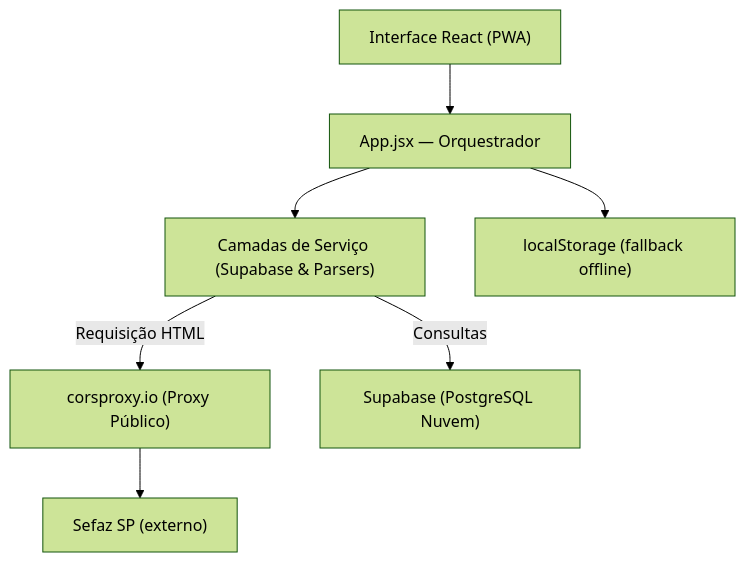
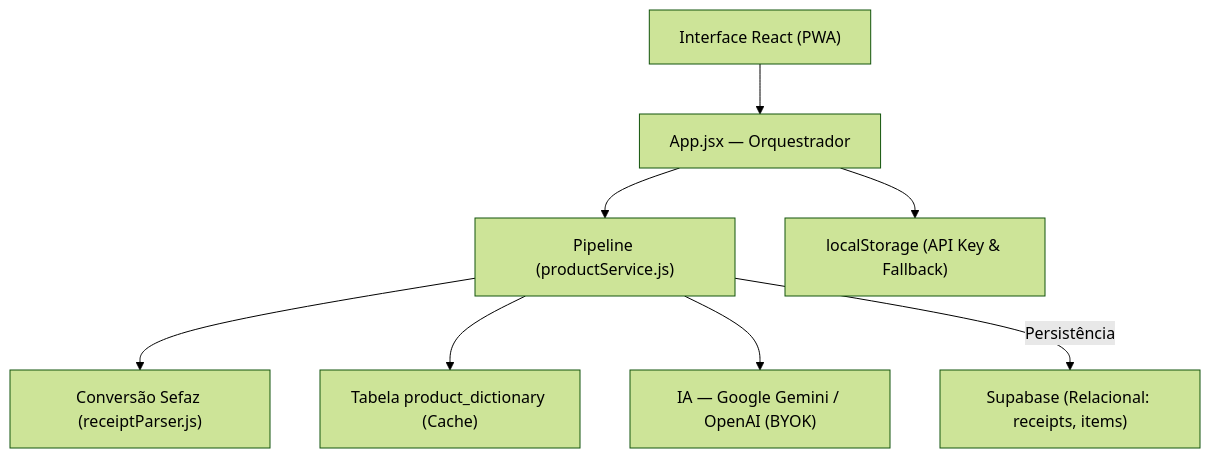
Before and after one commit to Bosguega/my_mercado: the first of 2 diagrams in ARCHITECTURE.md, drawn with Mermaid (forest theme). The commit also changed other lines of this file and 8 other files, not shown here.

````diff
--- a/ARCHITECTURE.md
+++ b/ARCHITECTURE.md
@@ -36,17 +36,19 @@
 ```mermaid
 graph TD
     UI["Interface React (PWA)"]
     App["App.jsx — Orquestrador"]
-    Services["Camadas de Serviço (Supabase & Parsers)"]
-    CorsProxy["corsproxy.io (Proxy Público)"]
-    Sefaz["Sefaz SP (externo)"]
-    Supabase["Supabase (PostgreSQL Nuvem)"]
-    LocalStorage["localStorage (fallback offline)"]
+    Pipeline["Pipeline (productService.js)"]
+    Services["Conversão Sefaz (receiptParser.js)"]
+    AI["IA — Google Gemini / OpenAI (BYOK)"]
+    Dictionary["Tabela product_dictionary (Cache)"]
+    Supabase["Supabase (Relacional: receipts, items)"]
+    LocalStorage["localStorage (API Key & Fallback)"]
 
     UI --> App
-    App --> Services
+    App --> Pipeline
+    Pipeline --> Services
+    Pipeline --> Dictionary
+    Pipeline --> AI
     App --> LocalStorage
-    Services -- "Consultas" --> Supabase
-    Services -- "Requisição HTML" --> CorsProxy
-    CorsProxy --> Sefaz
+    Pipeline -- "Persistência" --> Supabase
 ```
````
